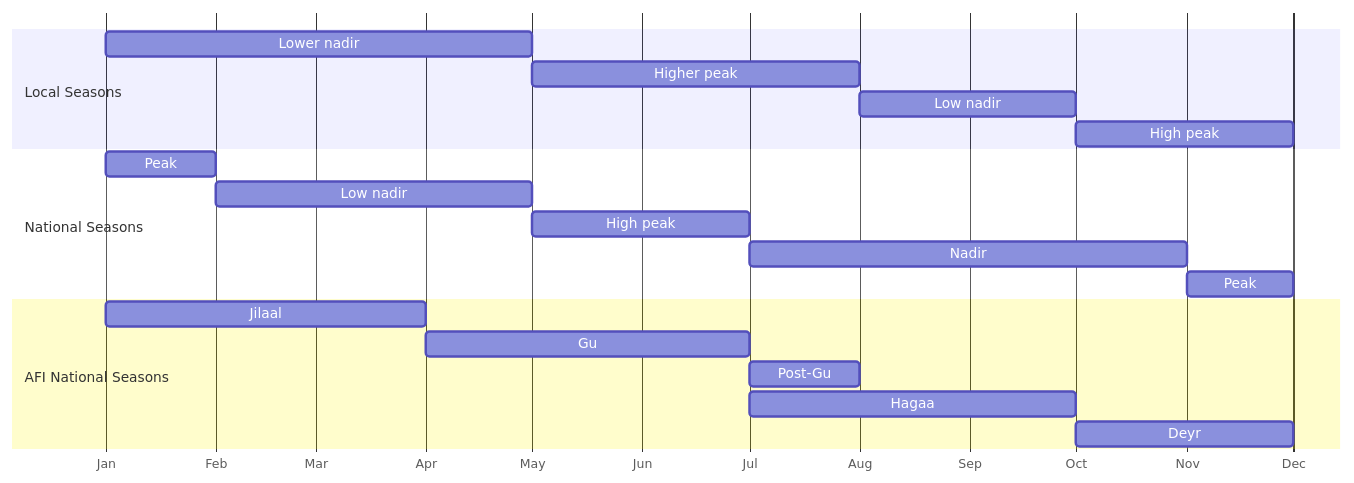
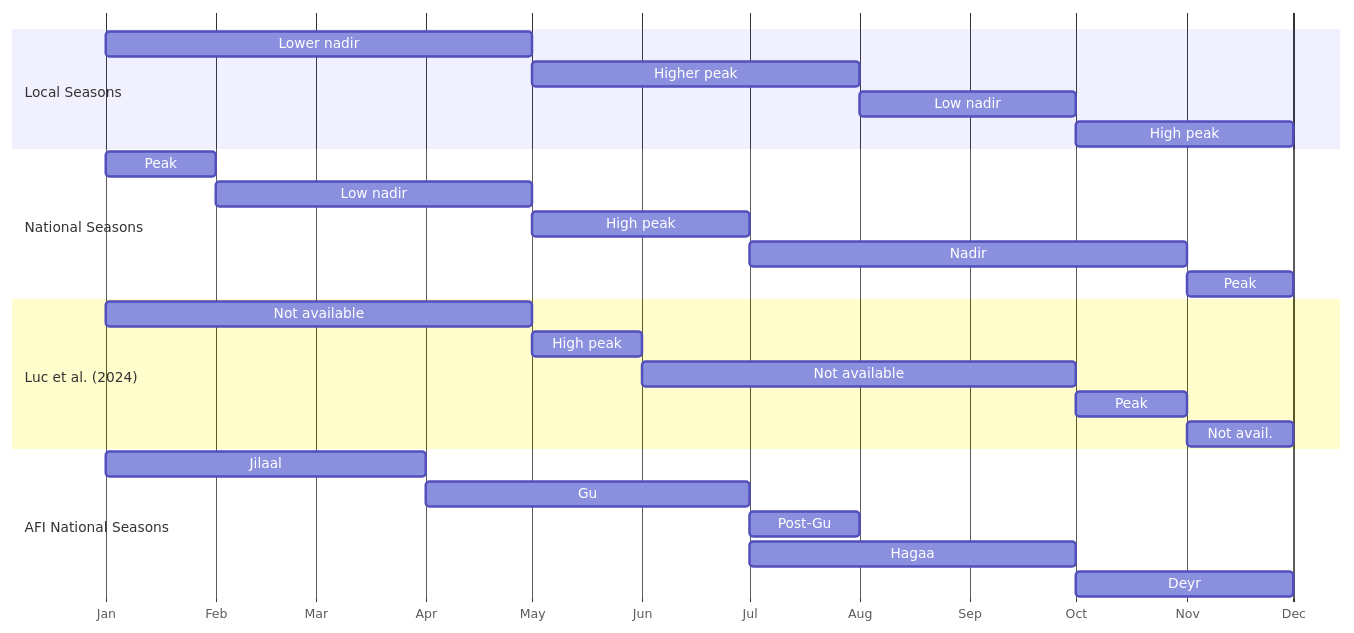
Before and after one commit to nutimes/som-sam-admit: the tenth of 10 diagrams in report.qmd, drawn with Mermaid. The commit also changed other lines of this file, not shown here.

````diff
--- a/report.qmd
+++ b/report.qmd
@@ -772,26 +802,36 @@
 ```{mermaid}
 %%| label: fig-afi-amn-calendar-urbanidps
 %%| fig-cap: AMN seasonal calendar *versus* AFI seasonal calendar
 
 gantt
     dateFormat M
     axisFormat %b
     todayMarker off
+
     section Local Seasons
     Lower nadir :amn1, 1, 5
     Higher peak :amn2, 5, 8
     Low nadir :amn3, 8, 10
     High peak :amn4, 10, 12
+
     section National Seasons
     Peak :ntl1, 1, 2
     Low nadir :ntl2, 2, 5
     High peak :ntl3, 5, 7
     Nadir :ntl4, 7, 11
     Peak :ntl5, 11, 12
+
+    section Luc et al. (2024)
+    Not available :luc1, 1, 5
+    High peak :luc2, 5, 6
+    Not available :luc3, 6, 10
+    Peak :luc4, 10, 11
+    Not avail. :luc5, 11, 12
+
     section AFI National Seasons
     Jilaal :afi1, 1, 4
     Gu     :afi2, 4, 7
     Post-Gu:afi3, 7, 8
     Hagaa  :afi4, 7, 10
     Deyr   :afi5, 10, 12
 ```
````
